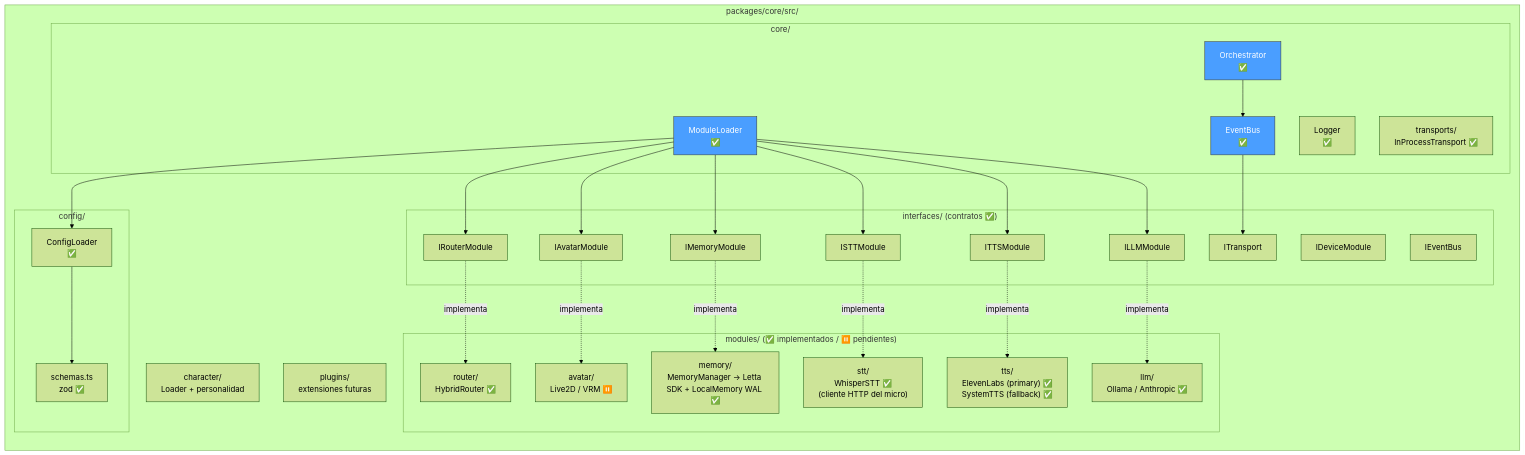
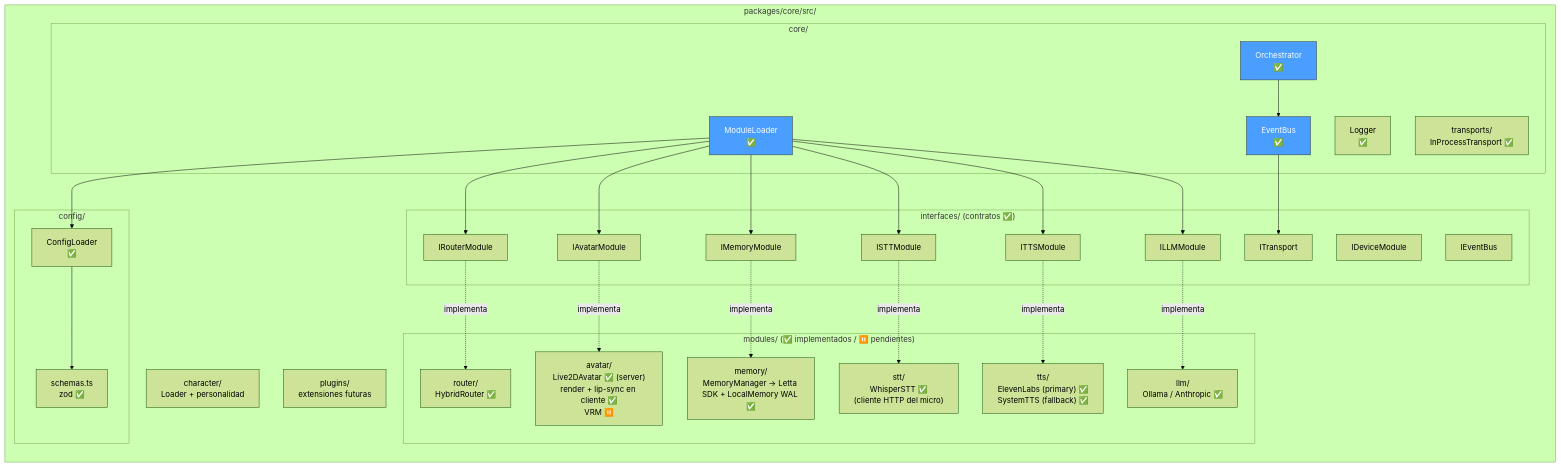
The second of 8 diagrams in docs/architecture.md (Pipelol0723/proyecto-shiro), drawn with Mermaid (forest theme) before and after one commit. The commit also changed other lines of this file and 3 other files, not shown here.

First line of the commit message:
docs: lip-sync del avatar + correcciones de dependencia y Core 4.2.2

````diff
--- a/docs/architecture.md
+++ b/docs/architecture.md
@@ -68,65 +68,65 @@
 ```mermaid
 graph LR
     subgraph "packages/core/src/"
         subgraph "core/"
             EventBus[EventBus<br>✅]
             Orchestrator[Orchestrator<br>✅]
             ModuleLoader[ModuleLoader<br>✅]
             Logger[Logger<br>✅]
             Transports[transports/<br>InProcessTransport ✅]
         end
 
         subgraph "config/"
             Schemas[schemas.ts<br>zod ✅]
             ConfigLoader[ConfigLoader<br>✅]
         end
 
         subgraph "interfaces/ (contratos ✅)"
             ILLM[ILLMModule]
             ITTS[ITTSModule]
             ISTT[ISTTModule]
             IMem[IMemoryModule]
             IAv[IAvatarModule]
             IRou[IRouterModule]
             IDev[IDeviceModule]
             ITrans[ITransport]
             IBus[IEventBus]
         end
 
         subgraph "modules/ (✅ implementados / ⏸️ pendientes)"
             STT["stt/<br>WhisperSTT ✅<br>(cliente HTTP del micro)"]
             TTS["tts/<br>ElevenLabs (primary) ✅<br>SystemTTS (fallback) ✅"]
             LLM[llm/<br>Ollama / Anthropic ✅]
             Mem[memory/<br>MemoryManager → Letta SDK + LocalMemory WAL ✅]
-            Av[avatar/<br>Live2D / VRM ⏸️]
+            Av["avatar/<br>Live2DAvatar ✅ (server)<br>render + lip-sync en cliente ✅<br>VRM ⏸️"]
             Rou[router/<br>HybridRouter ✅]
         end
 
         Character[character/<br>Loader + personalidad]
         Plugins[plugins/<br>extensiones futuras]
     end
 
     ModuleLoader --> ILLM
     ModuleLoader --> ITTS
     ModuleLoader --> ISTT
     ModuleLoader --> IMem
     ModuleLoader --> IAv
     ModuleLoader --> IRou
 
     ConfigLoader --> Schemas
     ModuleLoader --> ConfigLoader
 
     ILLM -.implementa.-> LLM
     ITTS -.implementa.-> TTS
     ISTT -.implementa.-> STT
     IMem -.implementa.-> Mem
     IAv -.implementa.-> Av
     IRou -.implementa.-> Rou
 
     Orchestrator --> EventBus
     EventBus --> ITrans
 
     style EventBus fill:#4a9eff,stroke:#333,color:#fff
     style Orchestrator fill:#4a9eff,stroke:#333,color:#fff
     style ModuleLoader fill:#4a9eff,stroke:#333,color:#fff
 ```
````
